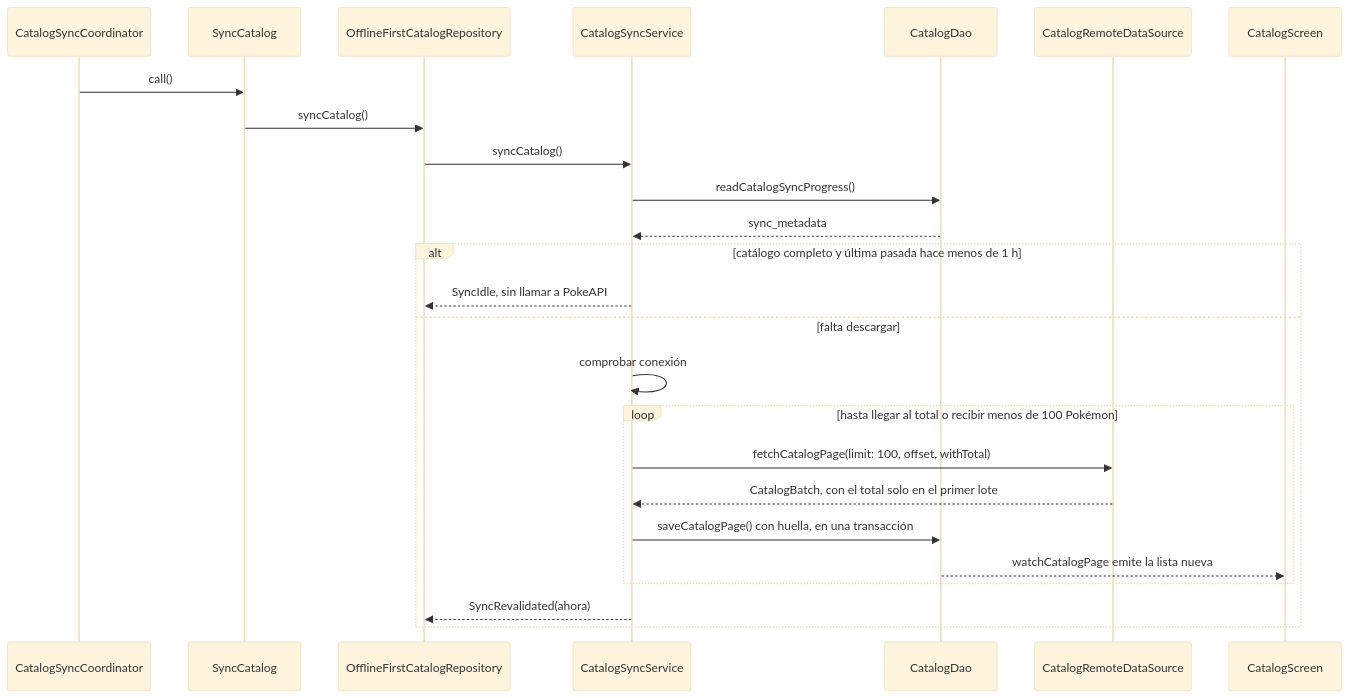
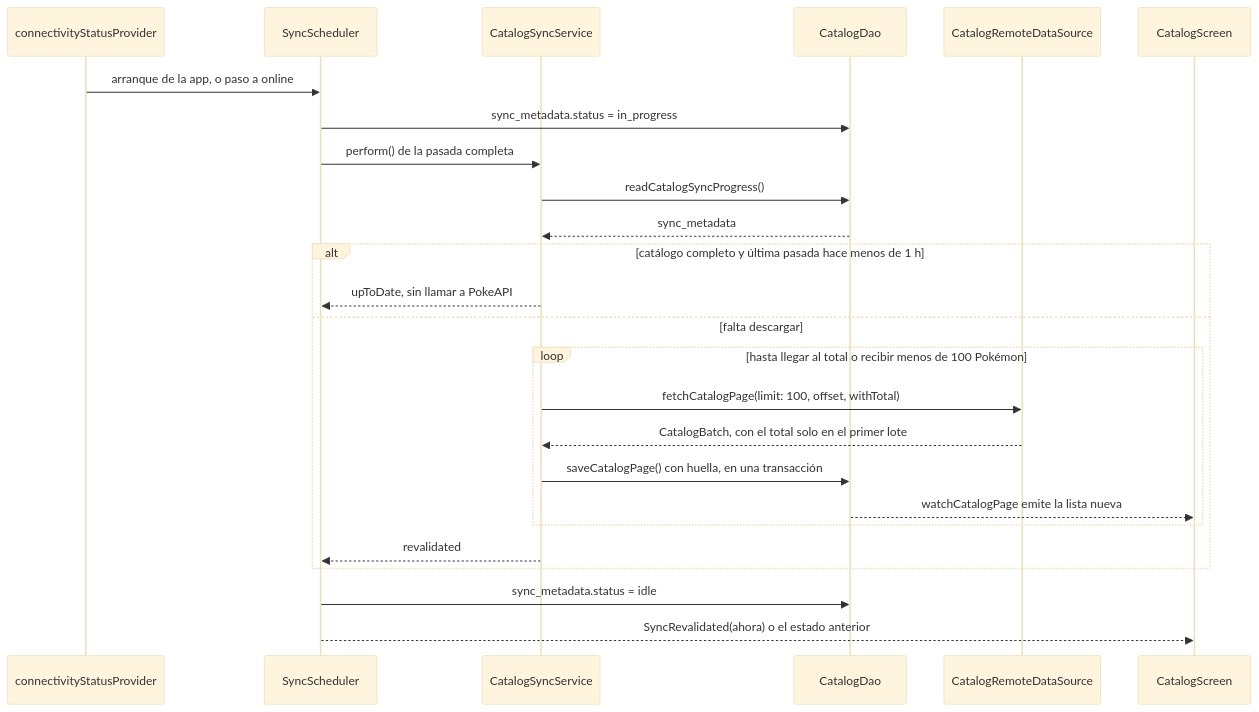
One commit to JoseHidalgoG/pokedex-flutter changed the second of 5 diagrams in docs/arquitectura.md. Above: the diagram before and after it, drawn with Mermaid (base theme). The commit also changed other lines of this file, not shown here.

````diff
--- a/docs/arquitectura.md
+++ b/docs/arquitectura.md
@@ -77,28 +82,28 @@
 ```mermaid
 sequenceDiagram
-  participant Coordinator as CatalogSyncCoordinator
-  participant UseCase as SyncCatalog
-  participant Repo as OfflineFirstCatalogRepository
+  participant Connectivity as connectivityStatusProvider
+  participant Scheduler as SyncScheduler
   participant Sync as CatalogSyncService
   participant Dao as CatalogDao
   participant Remote as CatalogRemoteDataSource
   participant Screen as CatalogScreen
 
-  Coordinator->>UseCase: call()
-  UseCase->>Repo: syncCatalog()
-  Repo->>Sync: syncCatalog()
+  Connectivity->>Scheduler: arranque de la app, o paso a online
+  Scheduler->>Dao: sync_metadata.status = in_progress
+  Scheduler->>Sync: perform() de la pasada completa
   Sync->>Dao: readCatalogSyncProgress()
   Dao-->>Sync: sync_metadata
   alt catálogo completo y última pasada hace menos de 1 h
-    Sync-->>Repo: SyncIdle, sin llamar a PokeAPI
+    Sync-->>Scheduler: upToDate, sin llamar a PokeAPI
   else falta descargar
-    Sync->>Sync: comprobar conexión
     loop hasta llegar al total o recibir menos de 100 Pokémon
       Sync->>Remote: fetchCatalogPage(limit: 100, offset, withTotal)
       Remote-->>Sync: CatalogBatch, con el total solo en el primer lote
       Sync->>Dao: saveCatalogPage() con huella, en una transacción
       Dao-->>Screen: watchCatalogPage emite la lista nueva
     end
-    Sync-->>Repo: SyncRevalidated(ahora)
+    Sync-->>Scheduler: revalidated
   end
+  Scheduler->>Dao: sync_metadata.status = idle
+  Scheduler-->>Screen: SyncRevalidated(ahora) o el estado anterior
 ```
````
